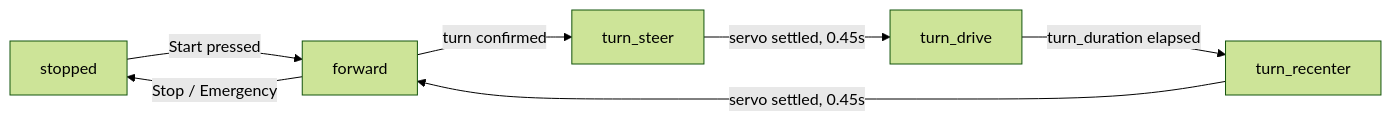
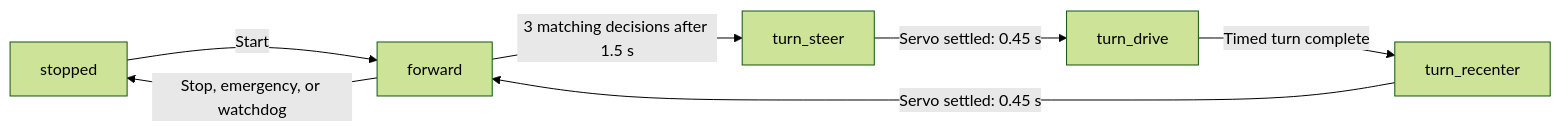
Before and after one commit to AlmaAlkhader/WRO2026-FE-Sunbird-Nomads: the diagram in README.md, drawn with Mermaid (forest theme). The commit also changed other lines of this file, not shown here.

Commit message:
docs: strengthen software architecture and navigation section

````diff
--- a/README.md
+++ b/README.md
@@ -585,9 +595,9 @@
 ```mermaid
 flowchart LR
-    stopped -->|Start pressed| forward
-    forward -->|turn confirmed| turn_steer
-    turn_steer -->|servo settled, 0.45s| turn_drive
-    turn_drive -->|turn_duration elapsed| turn_recenter
-    turn_recenter -->|servo settled, 0.45s| forward
-    forward -->|Stop / Emergency| stopped
+    stopped -->|Start| forward
+    forward -->|3 matching decisions after 1.5 s| turn_steer
+    turn_steer -->|Servo settled: 0.45 s| turn_drive
+    turn_drive -->|Timed turn complete| turn_recenter
+    turn_recenter -->|Servo settled: 0.45 s| forward
+    forward -->|Stop, emergency, or watchdog| stopped
 ```
````
